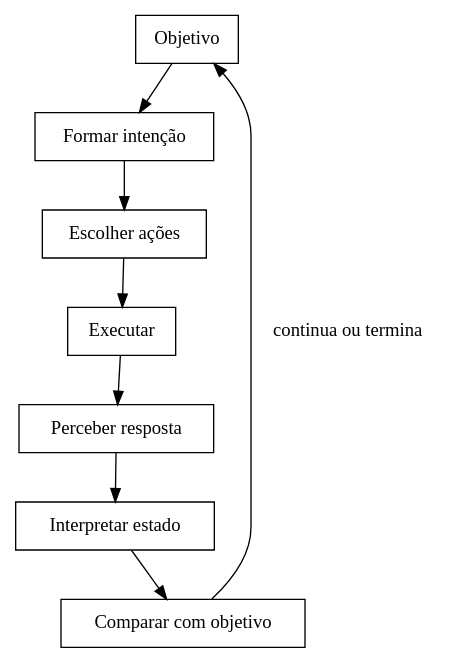
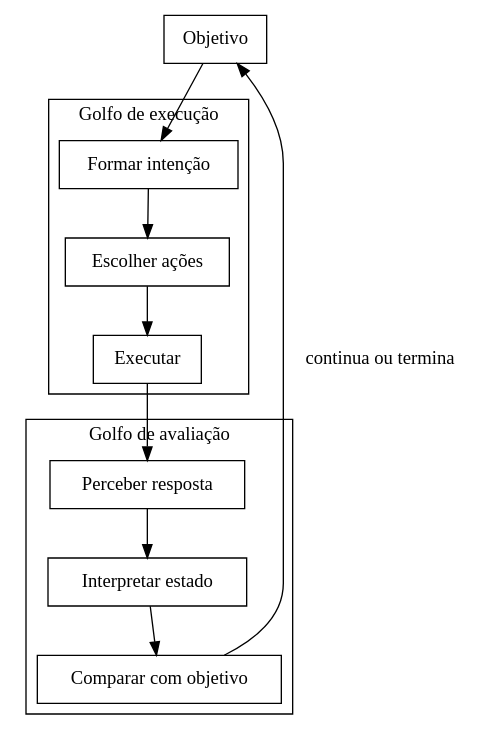
One commit to rodrgds/resumos changed the diagram in src/content/ipc/ciclo-acao.dot. Above: the diagram before and after it, drawn with Graphviz. The commit also changed 25 other files, not shown here.

```diff
--- a/src/content/ipc/ciclo-acao.dot
+++ b/src/content/ipc/ciclo-acao.dot
@@ -1,13 +1,21 @@
 digraph acao {
- rankdir=TB; node [shape=box];
- objetivo [label="Objetivo"];
- intencao [label="Formar intenção"];
- especificar [label="Escolher ações"];
- executar [label="Executar"];
- perceber [label="Perceber resposta"];
- interpretar [label="Interpretar estado"];
- avaliar [label="Comparar com objetivo"];
- objetivo -> intencao -> especificar -> executar;
- executar -> perceber -> interpretar -> avaliar;
- avaliar -> objetivo [label="continua ou termina"];
+  rankdir=TB; node [shape=box];
+  objetivo [label="Objetivo"];
+  intencao [label="Formar intenção"];
+  especificar [label="Escolher ações"];
+  executar [label="Executar"];
+  perceber [label="Perceber resposta"];
+  interpretar [label="Interpretar estado"];
+  avaliar [label="Comparar com objetivo"];
+  objetivo -> intencao -> especificar -> executar;
+  executar -> perceber -> interpretar -> avaliar;
+  avaliar -> objetivo [label="continua ou termina"];
+  subgraph cluster_execucao {
+    label="Golfo de execução";
+    intencao; especificar; executar;
+  }
+  subgraph cluster_avaliacao {
+    label="Golfo de avaliação";
+    perceber; interpretar; avaliar;
+  }
 }
```
